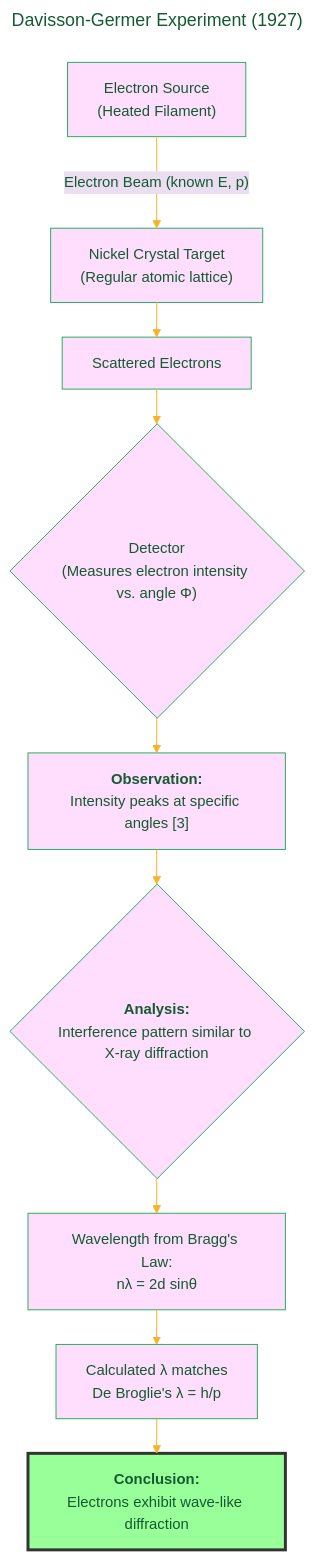
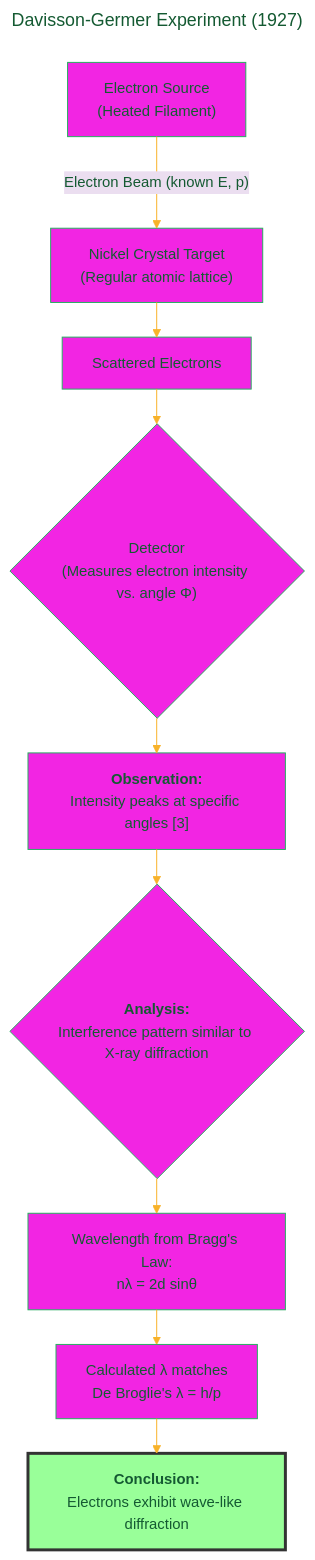
The fourth of 9 diagrams in Louis_de_Broglie/De_Broglie_Hypothesis.md (CongLeSolutionX/The-Formula-Founders), drawn with Mermaid before and after one commit. The commit also changed other lines of this file, not shown here.

````diff
--- a/Louis_de_Broglie/De_Broglie_Hypothesis.md
+++ b/Louis_de_Broglie/De_Broglie_Hypothesis.md
@@ -259,48 +259,48 @@
 ```mermaid
 ---
 title: "Davisson-Germer Experiment (1927)"
 author: "Cong Le"
 version: "1.0"
 license(s): "MIT, CC BY-SA 4.0"
 copyright: "Copyright (c) 2025 Cong Le. All Rights Reserved."
 config:
   layout: elk
   theme: base
 ---
 %%%%%%%% Mermaid version v11.4.1-b.14
 %%%%%%%% Available curve styles include the following keywords:
 %% basis, bumpX, bumpY, cardinal, catmullRom, linear, monotoneX, monotoneY, natural, step, stepAfter, stepBefore.
 %%{
   init: {
     'flowchart': { 'htmlLabels': true, 'curve': 'linear' },
     'fontFamily': 'Comic Sans MS, cursive, sans-serif',
     'themeVariables': {
-      'primaryColor': '#F5E3',
+      'primaryColor': '#F225E3',
       'primaryTextColor': '#145A32',
       'lineColor': '#F8B229',
       'primaryBorderColor': '#27AE60',
       'secondaryColor': '#EBDEF0',
       'secondaryTextColor': '#6C3483',
       'secondaryBorderColor': '#A569BD',
       'fontSize': '15px'
     }
   }
 }%%
 flowchart TD
     A["Electron Source<br/>(Heated Filament)"] -->|"Electron Beam (known E, p)"| B["Nickel Crystal Target<br/>(Regular atomic lattice)"]
     B --> C["Scattered Electrons"]
     C --> D{"Detector<br/>(Measures electron intensity vs. angle &Phi;)"}
     D --> E["<b>Observation:</b><br/>Intensity peaks at specific angles [3]"]
     E --> F{"<b>Analysis:</b><br/>Interference pattern similar to X-ray diffraction"}
     F --> G["Wavelength from Bragg's Law:<br/>n&lambda; = 2d sin&theta;"]
     G --> H["Calculated &lambda; matches <br/>De Broglie's &lambda; = h/p"]
     H --> I["<b>Conclusion:</b><br/>Electrons exhibit wave-like diffraction"]
 
     style I fill:#9f9,stroke:#333,stroke-width:3px
     
     %% note right of B
     %%    The nickel crystal acts
     %%    as a 3D diffraction grating
     %%    for the electron waves.
     %% end
 ```
````
